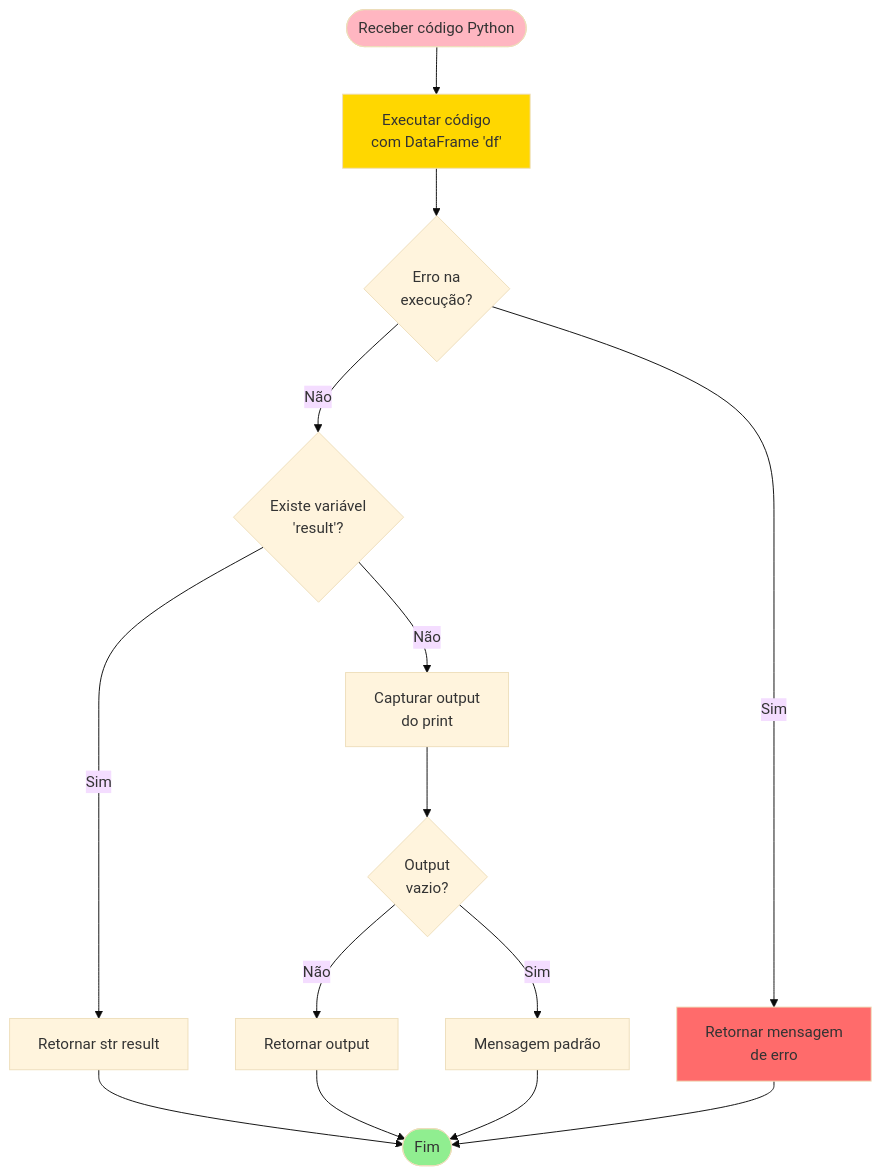
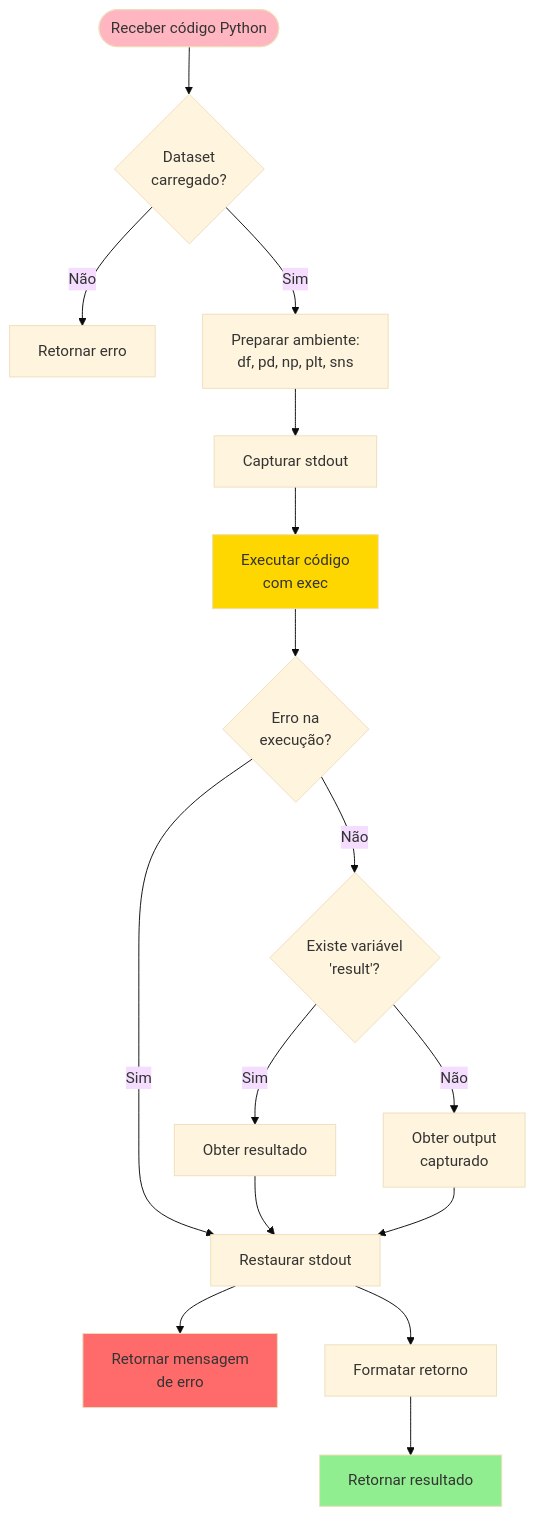
The fifth of 10 diagrams in doc/fluxograma.md (marviniDev/agent-analyzer-data), drawn with Mermaid (base theme) before and after one commit. The commit also changed other lines of this file and 8 other files, not shown here.

````diff
--- a/doc/fluxograma.md
+++ b/doc/fluxograma.md
@@ -68,26 +121,30 @@
 ```mermaid
 flowchart TD
-    Start([Receber código Python]) --> ExecCode[Executar código<br/>com DataFrame 'df']
+    Start([Receber código Python]) --> Validate{Dataset<br/>carregado?}
+    Validate -->|Não| Error[Retornar erro]
+    Validate -->|Sim| PrepareEnv[Preparar ambiente:<br/>df, pd, np, plt, sns]
+    
+    PrepareEnv --> CaptureStdout[Capturar stdout]
+    CaptureStdout --> ExecCode[Executar código<br/>com exec]
     
     ExecCode --> CheckError{Erro na<br/>execução?}
     
-    CheckError -->|Sim| ReturnError[Retornar mensagem<br/>de erro]
+    CheckError -->|Sim| RestoreStdout[Restaurar stdout]
+    RestoreStdout --> ReturnError[Retornar mensagem<br/>de erro]
+    
     CheckError -->|Não| CheckResult{Existe variável<br/>'result'?}
     
-    CheckResult -->|Sim| ReturnResult[Retornar str result]
-    CheckResult -->|Não| CapturePrint[Capturar output<br/>do print]
+    CheckResult -->|Sim| GetResult[Obter resultado]
+    CheckResult -->|Não| GetOutput[Obter output<br/>capturado]
     
-    CapturePrint --> CheckOutput{Output<br/>vazio?}
-    CheckOutput -->|Sim| ReturnEmpty[Mensagem padrão]
-    CheckOutput -->|Não| ReturnOutput[Retornar output]
+    GetResult --> RestoreStdout
+    GetOutput --> RestoreStdout
     
-    ReturnResult --> End([Fim])
-    ReturnOutput --> End
-    ReturnEmpty --> End
-    ReturnError --> End
+    RestoreStdout --> FormatReturn[Formatar retorno]
+    FormatReturn --> Return[Retornar resultado]
     
     style Start fill:#FFB6C1
     style ExecCode fill:#FFD700
     style ReturnError fill:#FF6B6B
-    style End fill:#90EE90
+    style Return fill:#90EE90
 ```
````
